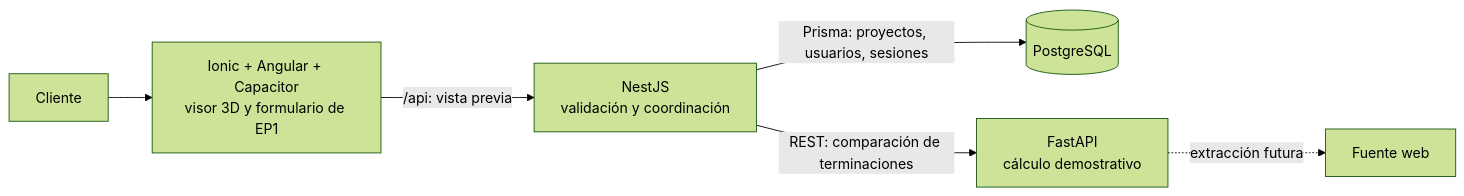
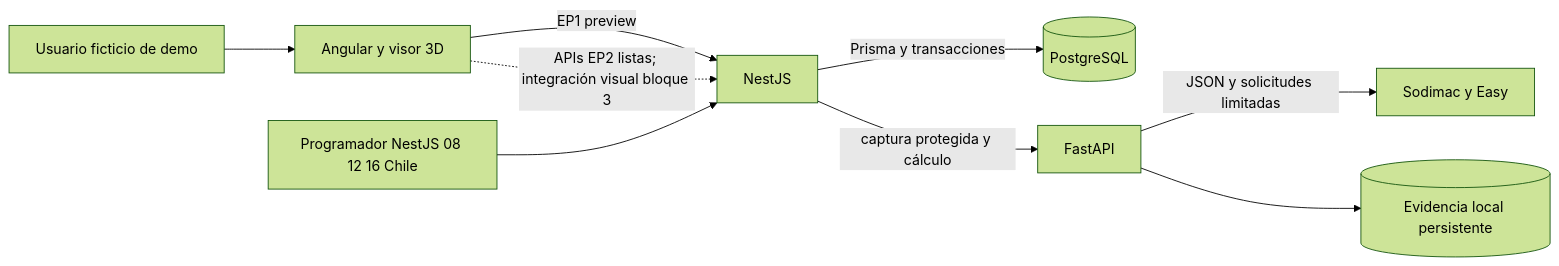
The first of 2 diagrams in docs/architecture/overview.md (Fourdath/Habita3D), drawn with Mermaid (forest theme) before and after one commit. The commit also changed other lines of this file and 35 other files, not shown here.

````diff
--- a/docs/architecture/overview.md
+++ b/docs/architecture/overview.md
@@ -56,8 +34,11 @@
 ```mermaid
 flowchart LR
-    Usuario[Cliente] --> FE["Ionic + Angular + Capacitor<br/>visor 3D y formulario de EP1"]
-    FE -->|/api: vista previa| BE["NestJS<br/>validación y coordinación"]
-    BE -->|Prisma: proyectos, usuarios, sesiones| DB[(PostgreSQL)]
-    BE -->|REST: comparación de terminaciones| PY["FastAPI<br/>cálculo demostrativo"]
-    PY -.->|extracción futura| WEB[Fuente web]
+    U[Usuario ficticio de demo] --> FE[Angular y visor 3D]
+    FE -->|EP1 preview| BE[NestJS]
+    FE -.->|APIs EP2 listas; integración visual bloque 3| BE
+    BE -->|Prisma y transacciones| DB[(PostgreSQL)]
+    BE -->|captura protegida y cálculo| PY[FastAPI]
+    PY -->|JSON y solicitudes limitadas| WEB[Sodimac y Easy]
+    PY --> CACHE[(Evidencia local persistente)]
+    S[Programador NestJS 08 12 16 Chile] --> BE
 ```
````
